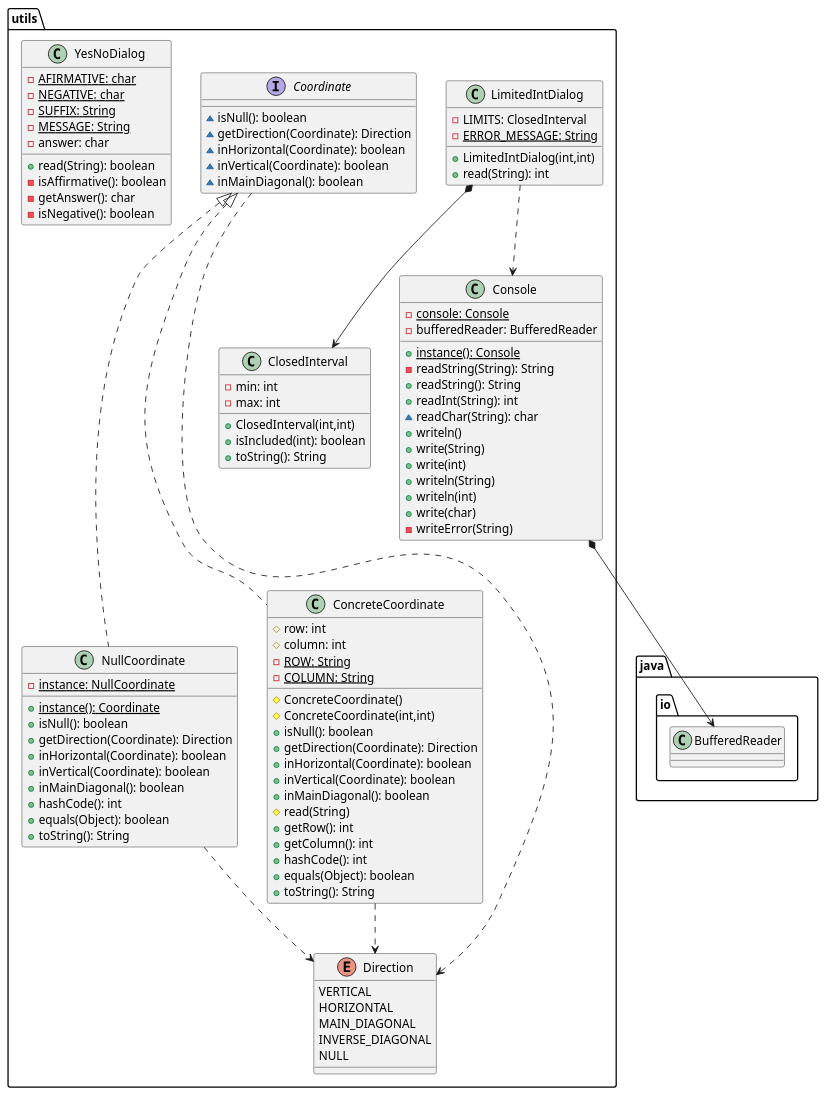
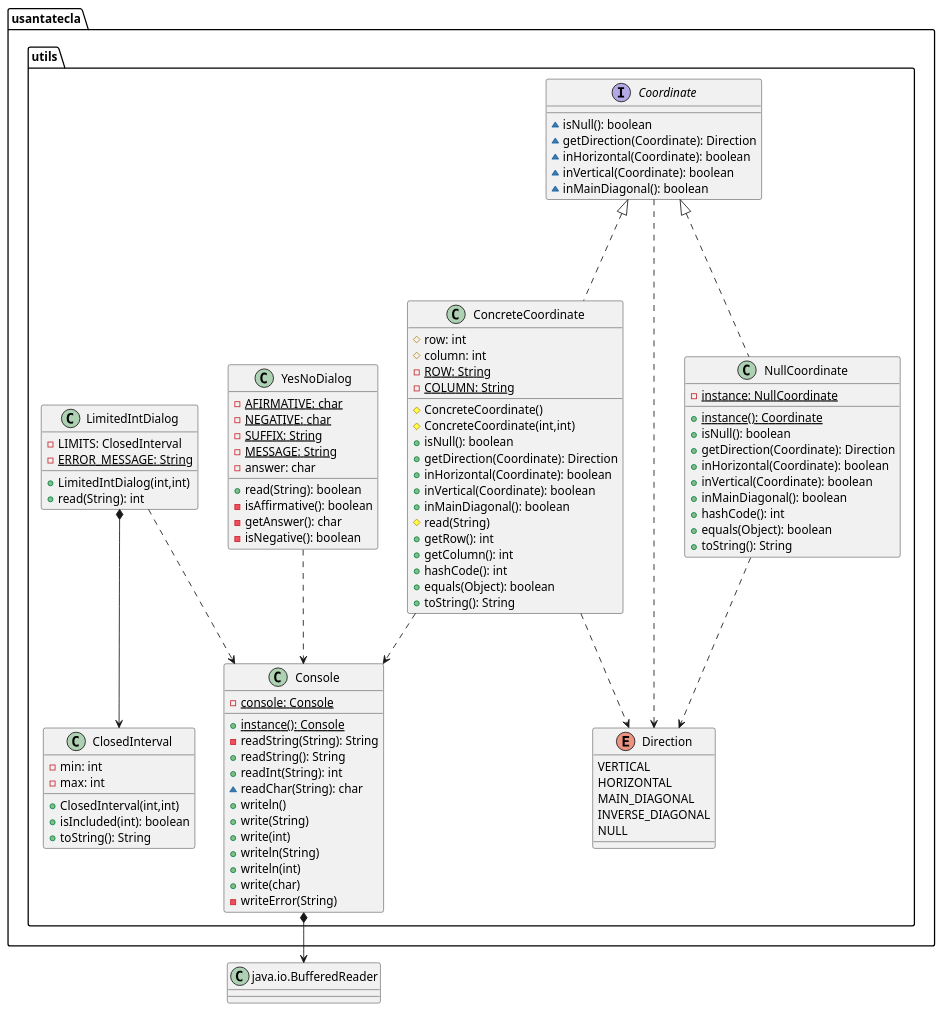
One commit to Jolucaa/USantaTecla-project-ticTacToe changed the fourth of 4 diagrams in documentView/console/docs/diagrams/src/paquetes.plantuml. Above: the diagram before and after it, drawn with PlantUML. The commit also changed other lines of this file and 5 other files, not shown here.

```diff
--- a/documentView/console/docs/diagrams/src/paquetes.plantuml
+++ b/documentView/console/docs/diagrams/src/paquetes.plantuml
@@ -240,105 +236,109 @@
 @startuml tictactoe.utils
-class  utils.ClosedInterval{
+class BufferedReader as "java.io.BufferedReader"{}
+
+class  usantatecla.utils.ClosedInterval{
 - min: int
 - max: int
 + ClosedInterval(int,int)
 + isIncluded(int): boolean
 + toString(): String
 }
 
-class  utils.ConcreteCoordinate{
+class usantatecla.utils.ConcreteCoordinate{
 # row: int
 # column: int
 - {static} ROW: String
 - {static} COLUMN: String
 # ConcreteCoordinate()
 # ConcreteCoordinate(int,int)
 + isNull(): boolean
 + getDirection(Coordinate): Direction
 + inHorizontal(Coordinate): boolean
 + inVertical(Coordinate): boolean
 + inMainDiagonal(): boolean
 # read(String)
 + getRow(): int
 + getColumn(): int
 + hashCode(): int
 + equals(Object): boolean
 + toString(): String
 }
 
-utils.Coordinate <|..down- utils.ConcreteCoordinate
-utils.ConcreteCoordinate ..> utils.Direction
+usantatecla.utils.Coordinate <|..down- usantatecla.utils.ConcreteCoordinate
+usantatecla.utils.ConcreteCoordinate ..> usantatecla.utils.Direction
+usantatecla.utils.ConcreteCoordinate ..> usantatecla.utils.Console
 
-class  utils.Console{
+
+class usantatecla.utils.Console{
 - {static} console: Console
-- bufferedReader: BufferedReader
 + {static} instance(): Console
 - readString(String): String
 + readString(): String
 + readInt(String): int
 ~ readChar(String): char
 + writeln()
 + write(String)
 + write(int)
 + writeln(String)
 + writeln(int)
 + write(char)
 - writeError(String)
 }
-utils.Console *-down-> java.io.BufferedReader
+usantatecla.utils.Console *-down-> BufferedReader
 
-interface  utils.Coordinate{
+interface usantatecla.utils.Coordinate{
 ~ isNull(): boolean
 ~ getDirection(Coordinate): Direction
 ~ inHorizontal(Coordinate): boolean
 ~ inVertical(Coordinate): boolean
 ~ inMainDiagonal(): boolean
 }
-utils.Coordinate ..> utils.Direction
+usantatecla.utils.Coordinate ..> usantatecla.utils.Direction
 
-enum  utils.Direction{
+enum usantatecla.utils.Direction{
   VERTICAL
   HORIZONTAL
   MAIN_DIAGONAL
   INVERSE_DIAGONAL
   NULL
 }
 
-class  utils.LimitedIntDialog{
+class usantatecla.utils.LimitedIntDialog{
 - LIMITS: ClosedInterval
 - {static} ERROR_MESSAGE: String
 + LimitedIntDialog(int,int)
 + read(String): int
 }
 
-utils.LimitedIntDialog *-down-> utils.ClosedInterval
-utils.LimitedIntDialog ..> utils.Console
+usantatecla.utils.LimitedIntDialog *-down-> usantatecla.utils.ClosedInterval
+usantatecla.utils.LimitedIntDialog ..> usantatecla.utils.Console
 
-class  utils.NullCoordinate{
+class usantatecla.utils.NullCoordinate{
 - {static} instance: NullCoordinate
 + {static} instance(): Coordinate
 + isNull(): boolean
 + getDirection(Coordinate): Direction
 + inHorizontal(Coordinate): boolean
 + inVertical(Coordinate): boolean
 + inMainDiagonal(): boolean
 + hashCode(): int
 + equals(Object): boolean
 + toString(): String
 }
-utils.Coordinate <|..down- utils.NullCoordinate
-utils.NullCoordinate ..> utils.Direction
+usantatecla.utils.Coordinate <|..down- usantatecla.utils.NullCoordinate
+usantatecla.utils.NullCoordinate ..> usantatecla.utils.Direction
 
-class  utils.YesNoDialog{
+class usantatecla.utils.YesNoDialog{
 - {static} AFIRMATIVE: char
 - {static} NEGATIVE: char
 - {static} SUFFIX: String
 - {static} MESSAGE: String
 - answer: char
 + read(String): boolean
 - isAffirmative(): boolean
 - getAnswer(): char
 - isNegative(): boolean
 }
+usantatecla.utils.YesNoDialog ..> usantatecla.utils.Console
 
 @enduml
```
